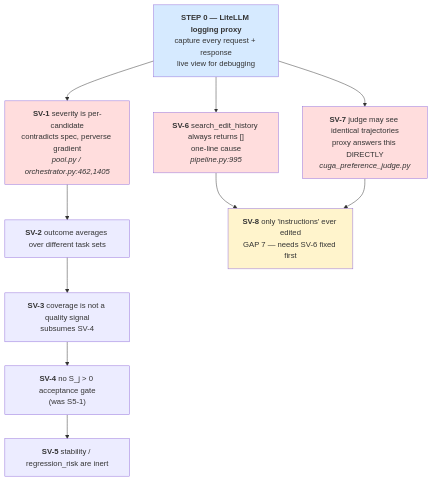
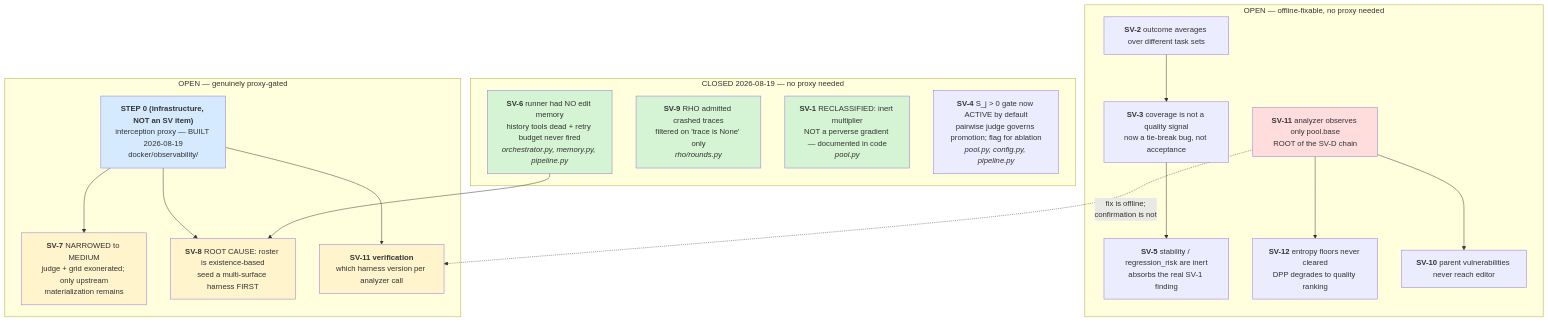
One commit to one-little-step/AgentEvolve changed the first of 2 diagrams in docs/SEVERE-OPEN-ISSUES.md. Above: the diagram before and after it, drawn with Mermaid. The commit also changed other lines of this file and 29 other files, not shown here.

````diff
--- a/docs/SEVERE-OPEN-ISSUES.md
+++ b/docs/SEVERE-OPEN-ISSUES.md
@@ -34,22 +73,43 @@
 ```mermaid
 flowchart TB
-    P["<b>STEP 0 — LiteLLM logging proxy</b><br/>capture every request + response<br/>live view for debugging"]
+    subgraph DONE["CLOSED 2026-08-19 — no proxy needed"]
+        F["<b>SV-6</b> runner had NO edit memory<br/>history tools dead + retry budget never fired<br/><i>orchestrator.py, memory.py, pipeline.py</i>"]
+        N["<b>SV-9</b> RHO admitted crashed traces<br/>filtered on 'trace is None' only<br/><i>rho/rounds.py</i>"]
+        A["<b>SV-1</b> RECLASSIFIED: inert multiplier<br/>NOT a perverse gradient — documented in code<br/><i>pool.py</i>"]
+        D["<b>SV-4</b> S_j &gt; 0 gate now ACTIVE by default<br/>pairwise judge governs promotion; flag for ablation<br/><i>pool.py, config.py, pipeline.py</i>"]
+    end
 
-    P --> A["<b>SV-1</b> severity is per-candidate<br/>contradicts spec, perverse gradient<br/><i>pool.py / orchestrator.py:462,1405</i>"]
-    P --> F["<b>SV-6</b> search_edit_history always returns []<br/>one-line cause<br/><i>pipeline.py:995</i>"]
-    P --> G["<b>SV-7</b> judge may see identical trajectories<br/>proxy answers this DIRECTLY<br/><i>cuga_preference_judge.py</i>"]
+    subgraph OFFLINE["OPEN — offline-fixable, no proxy needed"]
+        B["<b>SV-2</b> outcome averages over different task sets"]
+        C["<b>SV-3</b> coverage is not a quality signal<br/>now a tie-break bug, not acceptance"]
+        E["<b>SV-5</b> stability / regression_risk are inert<br/>absorbs the real SV-1 finding"]
+        R["<b>SV-11</b> analyzer observes only pool.base<br/>ROOT of the SV-D chain"]
+        R2["<b>SV-12</b> entropy floors never cleared<br/>DPP degrades to quality ranking"]
+        R3["<b>SV-10</b> parent vulnerabilities never reach editor"]
+    end
 
-    A --> B["<b>SV-2</b> outcome averages over different task sets"]
-    B --> C["<b>SV-3</b> coverage is not a quality signal<br/>subsumes SV-4"]
-    C --> D["<b>SV-4</b> no S_j &gt; 0 acceptance gate<br/>(was S5-1)"]
-    D --> E["<b>SV-5</b> stability / regression_risk are inert"]
+    subgraph GATED["OPEN — genuinely proxy-gated"]
+        P["<b>STEP 0 (infrastructure, NOT an SV item)</b><br/>interception proxy — BUILT 2026-08-19<br/>docker/observability/"]
+        G["<b>SV-7</b> NARROWED to MEDIUM<br/>judge + grid exonerated; only upstream<br/>materialization remains"]
+        H["<b>SV-8</b> ROOT CAUSE: roster is existence-based<br/>seed a multi-surface harness FIRST"]
+        V["<b>SV-11 verification</b><br/>which harness version per analyzer call"]
+    end
 
-    F --> H["<b>SV-8</b> only 'instructions' ever edited<br/>GAP 7 — needs SV-6 fixed first"]
-    G --> H
+    B --> C --> E
+    R --> R2
+    R --> R3
+    F --> H
+    P --> G
+    P --> H
+    P --> V
+    R -.->|"fix is offline;<br/>confirmation is not"| V
 
+    style F fill:#d4f4d4
+    style N fill:#d4f4d4
+    style A fill:#d4f4d4
+    style R fill:#ffdddd
+    style G fill:#fff4cc
+    style H fill:#fff4cc
+    style V fill:#fff4cc
     style P fill:#d6eaff
-    style A fill:#ffdddd
-    style F fill:#ffdddd
-    style G fill:#ffdddd
-    style H fill:#fff4cc
 ```
````
